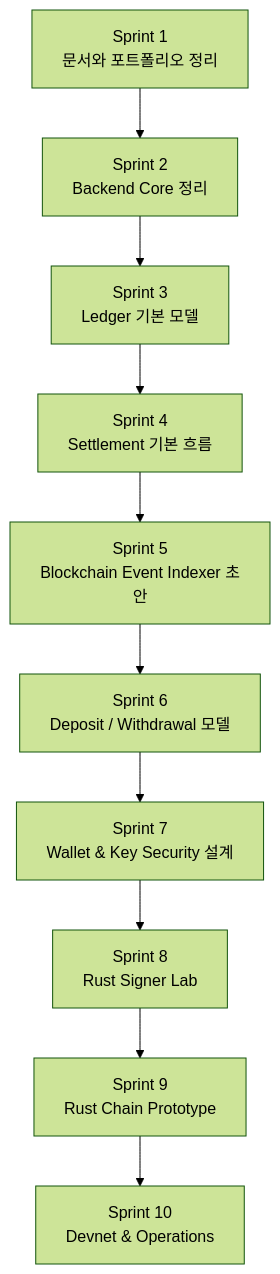
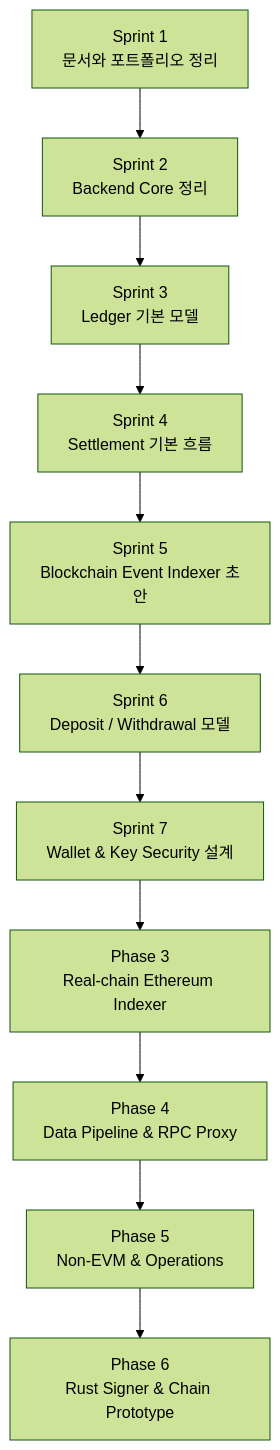
One commit to HoBaeBang/2030-korea-stablepay-network changed the second of 7 diagrams in docs/roadmap/phase-2-roadmap.md. Above: the diagram before and after it, drawn with Mermaid (forest theme). The commit also changed other lines of this file and 4 other files, not shown here.

````diff
--- a/docs/roadmap/phase-2-roadmap.md
+++ b/docs/roadmap/phase-2-roadmap.md
@@ -90,15 +97,16 @@
 ```mermaid
 flowchart TD
     S1["Sprint 1<br/>문서와 포트폴리오 정리"]
     S2["Sprint 2<br/>Backend Core 정리"]
     S3["Sprint 3<br/>Ledger 기본 모델"]
     S4["Sprint 4<br/>Settlement 기본 흐름"]
     S5["Sprint 5<br/>Blockchain Event Indexer 초안"]
     S6["Sprint 6<br/>Deposit / Withdrawal 모델"]
     S7["Sprint 7<br/>Wallet & Key Security 설계"]
-    S8["Sprint 8<br/>Rust Signer Lab"]
-    S9["Sprint 9<br/>Rust Chain Prototype"]
-    S10["Sprint 10<br/>Devnet & Operations"]
+    S8["Phase 3<br/>Real-chain Ethereum Indexer"]
+    S9["Phase 4<br/>Data Pipeline & RPC Proxy"]
+    S10["Phase 5<br/>Non-EVM & Operations"]
+    S11["Phase 6<br/>Rust Signer & Chain Prototype"]
 
-    S1 --> S2 --> S3 --> S4 --> S5 --> S6 --> S7 --> S8 --> S9 --> S10
+    S1 --> S2 --> S3 --> S4 --> S5 --> S6 --> S7 --> S8 --> S9 --> S10 --> S11
 ```
````
